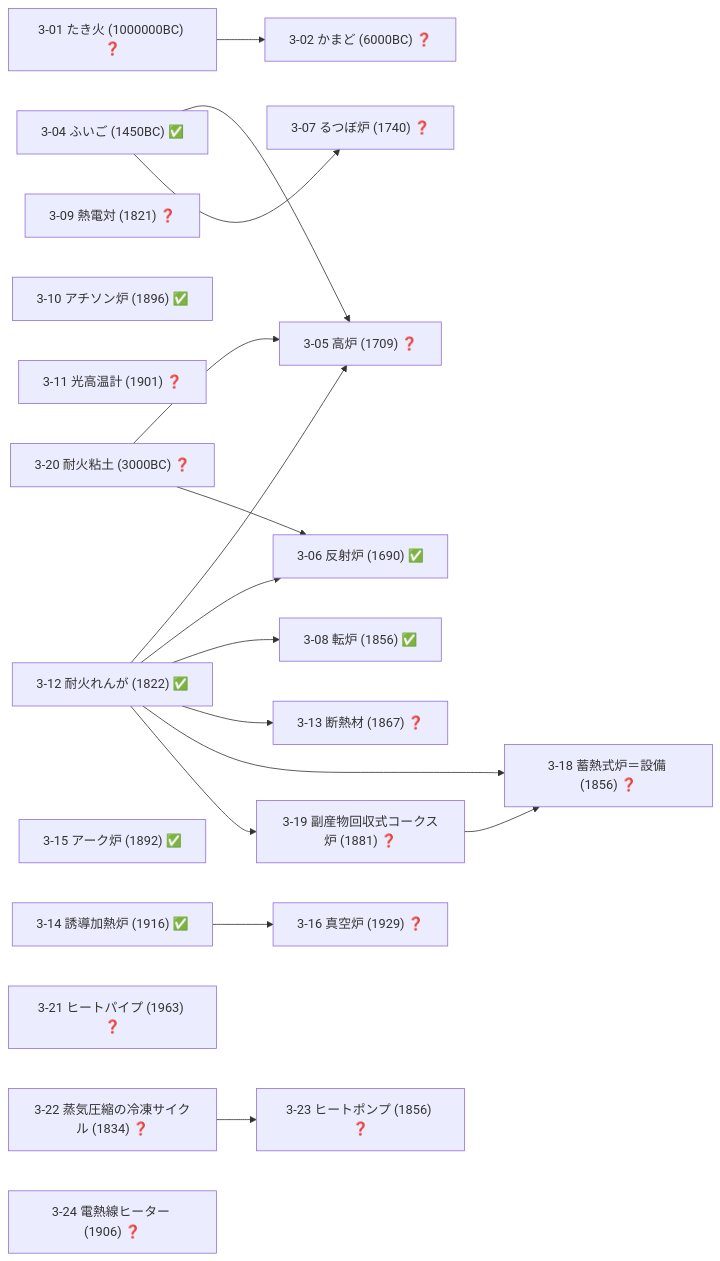
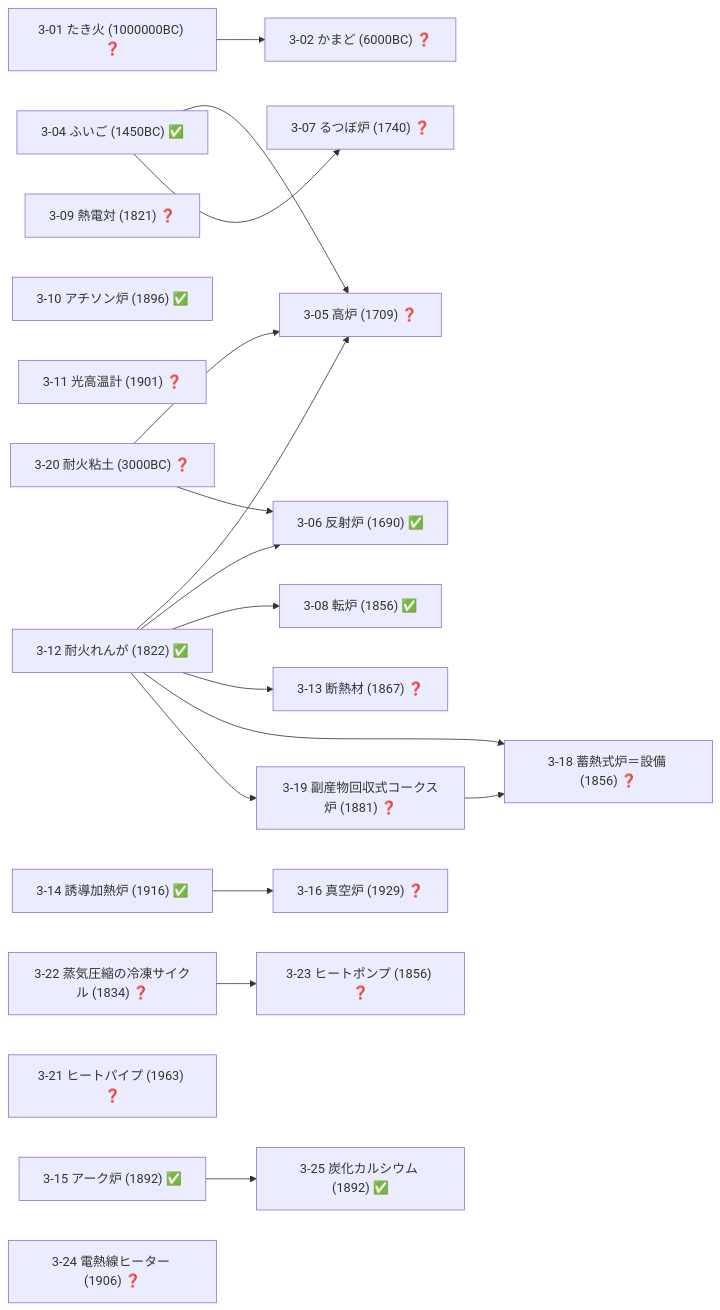
One commit to taku3i0317-collab/semiconductor-lab changed the sixth of 19 diagrams in docs/TECH_TREE_VIEW.md. Above: the diagram before and after it, drawn with Mermaid. The commit also changed other lines of this file and 10 other files, not shown here.

````diff
--- a/docs/TECH_TREE_VIEW.md
+++ b/docs/TECH_TREE_VIEW.md
@@ -329,39 +329,41 @@
 ```mermaid
 graph LR
   n3_01["3-01 たき火 (1000000BC) ❓"]
   n3_02["3-02 かまど (6000BC) ❓"]
   n3_04["3-04 ふいご (1450BC) ✅"]
   n3_05["3-05 高炉 (1709) ❓"]
   n3_06["3-06 反射炉 (1690) ✅"]
   n3_07["3-07 るつぼ炉 (1740) ❓"]
   n3_08["3-08 転炉 (1856) ✅"]
   n3_09["3-09 熱電対 (1821) ❓"]
   n3_10["3-10 アチソン炉 (1896) ✅"]
   n3_11["3-11 光高温計 (1901) ❓"]
   n3_12["3-12 耐火れんが (1822) ✅"]
   n3_13["3-13 断熱材 (1867) ❓"]
   n3_14["3-14 誘導加熱炉 (1916) ✅"]
   n3_15["3-15 アーク炉 (1892) ✅"]
   n3_16["3-16 真空炉 (1929) ❓"]
   n3_18["3-18 蓄熱式炉＝設備 (1856) ❓"]
   n3_19["3-19 副産物回収式コークス炉 (1881) ❓"]
   n3_20["3-20 耐火粘土 (3000BC) ❓"]
   n3_21["3-21 ヒートパイプ (1963) ❓"]
   n3_22["3-22 蒸気圧縮の冷凍サイクル (1834) ❓"]
   n3_23["3-23 ヒートポンプ (1856) ❓"]
   n3_24["3-24 電熱線ヒーター (1906) ❓"]
+  n3_25["3-25 炭化カルシウム (1892) ✅"]
   n3_01-->n3_02
   n3_04-->n3_05
   n3_12-->n3_05
   n3_20-->n3_05
   n3_12-->n3_06
   n3_20-->n3_06
   n3_04-->n3_07
   n3_12-->n3_08
   n3_12-->n3_13
   n3_14-->n3_16
   n3_12-->n3_18
   n3_19-->n3_18
   n3_12-->n3_19
   n3_22-->n3_23
+  n3_15-->n3_25
 ```
````
